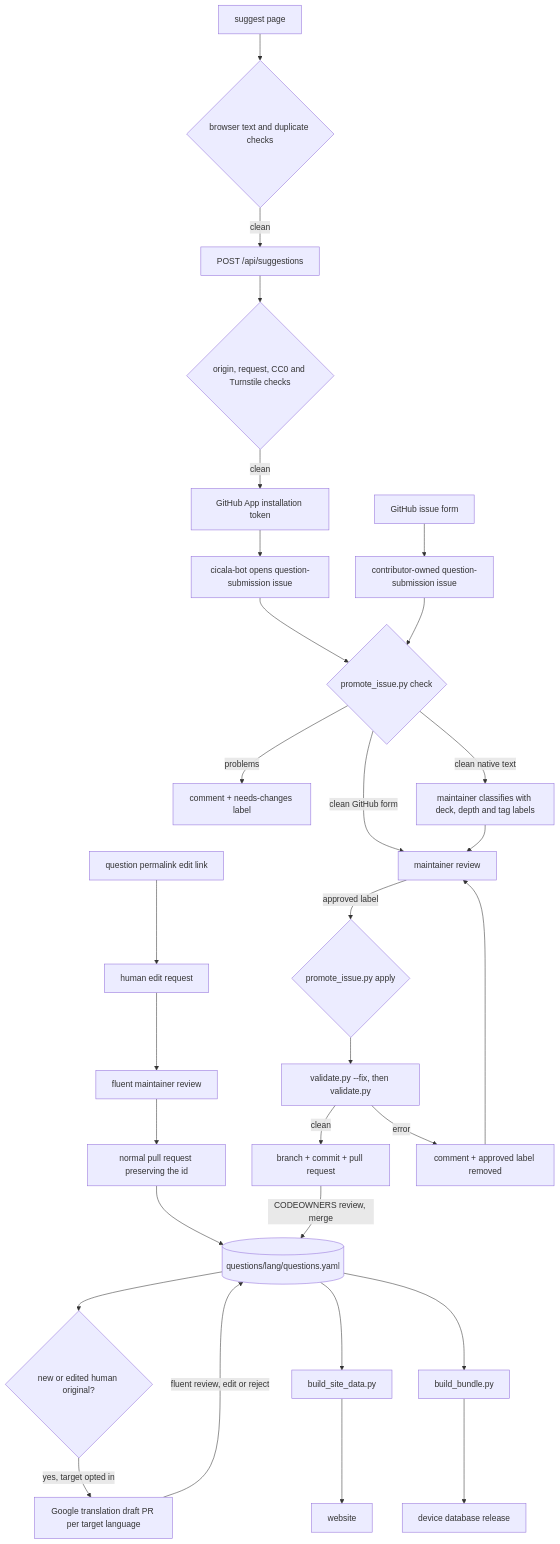
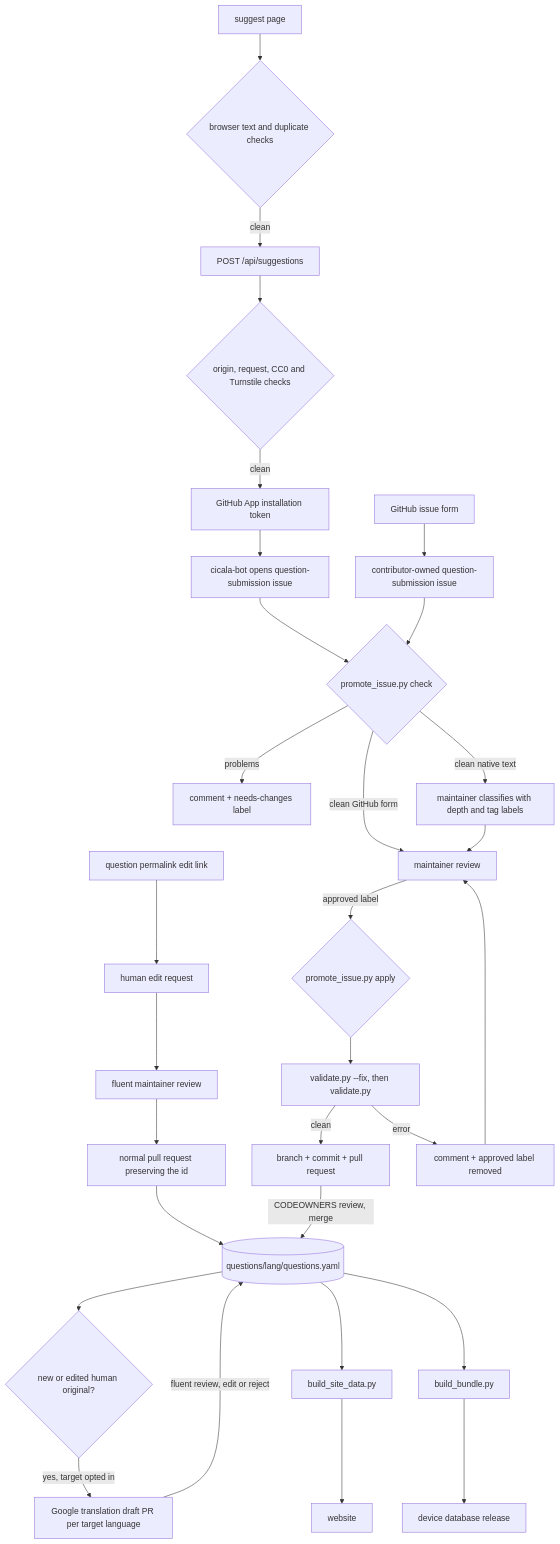
Before and after one commit to giacomomellone/cicala: the diagram in docs/contribution_pipeline.md, drawn with Mermaid. The commit also changed other lines of this file and 102 other files, not shown here.

````diff
--- a/docs/contribution_pipeline.md
+++ b/docs/contribution_pipeline.md
@@ -52,32 +52,32 @@
 ```mermaid
 flowchart TD
     A[suggest page] --> B{browser text and duplicate checks}
     B -->|clean| C[POST /api/suggestions]
     C --> D{origin, request, CC0 and Turnstile checks}
     D -->|clean| E[GitHub App installation token]
     E --> F[cicala-bot opens question-submission issue]
     A2[GitHub issue form] --> F2[contributor-owned question-submission issue]
     F --> G{promote_issue.py check}
     F2 --> G
     A3[question permalink edit link] --> E3[human edit request]
     E3 --> J3[fluent maintainer review]
     J3 --> M3[normal pull request preserving the id]
     M3 --> O
     G -->|problems| H[comment + needs-changes label]
-    G -->|clean native text| I[maintainer classifies with deck, depth and tag labels]
+    G -->|clean native text| I[maintainer classifies with depth and tag labels]
     G -->|clean GitHub form| J[maintainer review]
     I --> J
     J -->|approved label| K{promote_issue.py apply}
     K --> L[validate.py --fix, then validate.py]
     L -->|clean| M[branch + commit + pull request]
     L -->|error| N[comment + approved label removed]
     N --> J
     M -->|CODEOWNERS review, merge| O[(questions/lang/questions.yaml)]
     O --> T{new or edited human original?}
     T -->|yes, target opted in| U[Google translation draft PR per target language]
     U -->|fluent review, edit or reject| O
     O --> P[build_site_data.py]
     O --> Q[build_bundle.py]
     P --> R[website]
     Q --> S[device database release]
 ```
````
